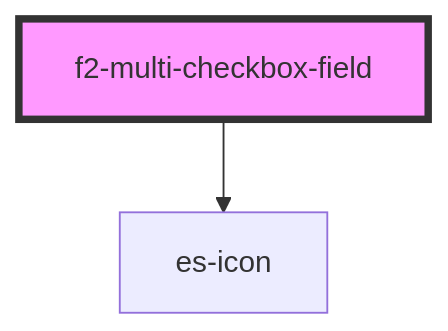
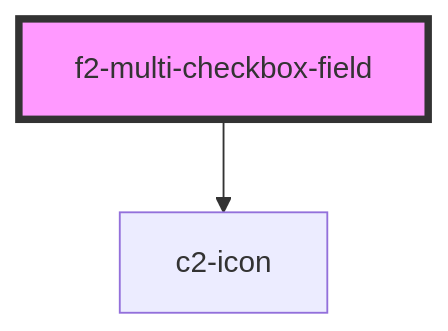
The diagram in packages/fields/src/components/multi-checkbox/readme.md (EventStore/Design-System), drawn with Mermaid before and after one commit. The commit also changed other lines of this file and 512 other files, not shown here.

````diff
--- a/packages/fields/src/components/multi-checkbox/readme.md
+++ b/packages/fields/src/components/multi-checkbox/readme.md
@@ -96,5 +96,5 @@
 ```mermaid
 graph TD;
-  f2-multi-checkbox-field --> es-icon
+  f2-multi-checkbox-field --> c2-icon
   style f2-multi-checkbox-field fill:#f9f,stroke:#333,stroke-width:4px
 ```
````
